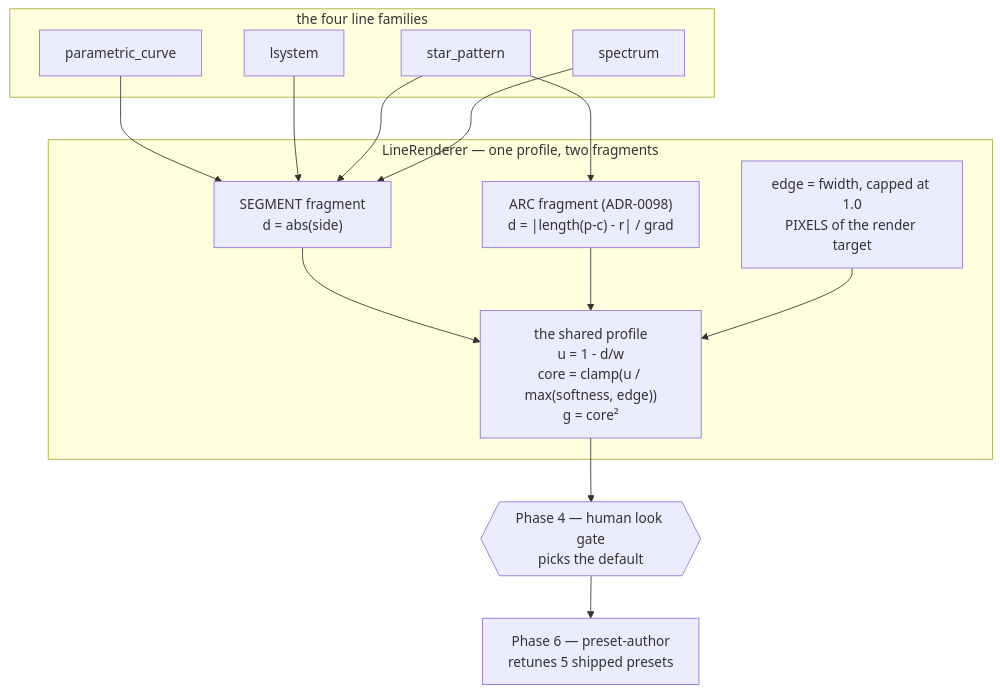
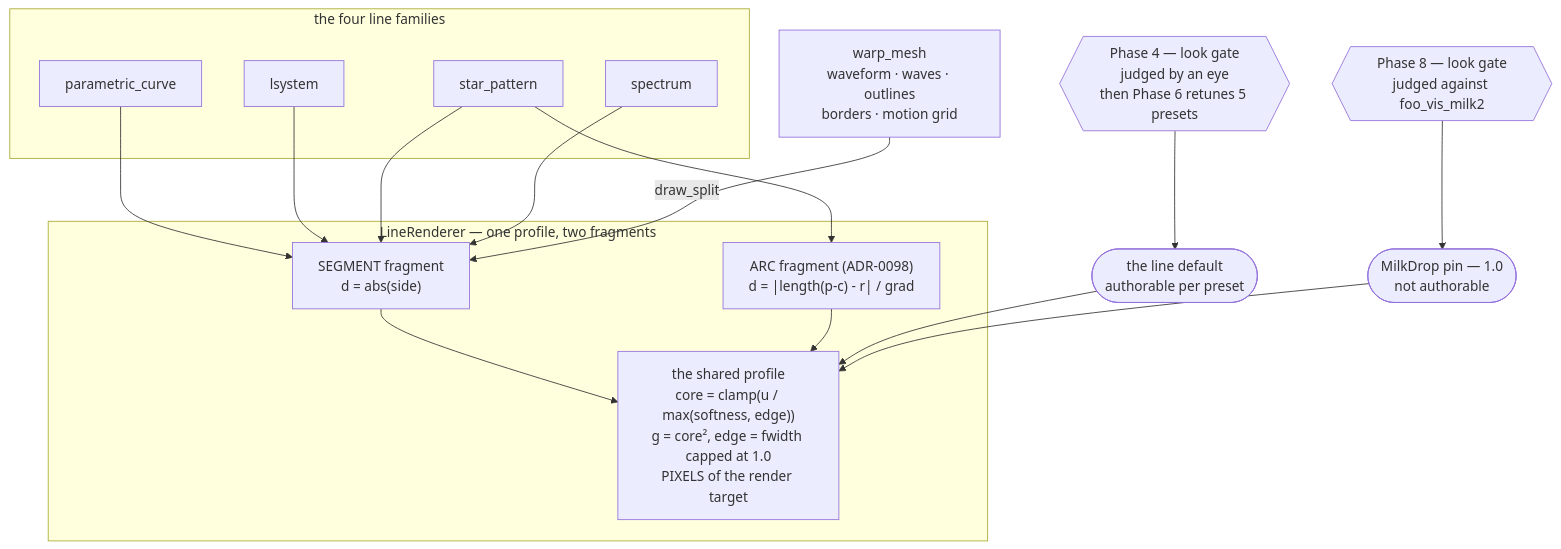
The diagram in docs/plans/0114-the-line-stroke-reads-as-a-drawn-line.md (IgorKonovalov/Ritmolux), drawn with Mermaid before and after one commit. The commit also changed other lines of this file and 2 other files, not shown here.

````diff
--- a/docs/plans/0114-the-line-stroke-reads-as-a-drawn-line.md
+++ b/docs/plans/0114-the-line-stroke-reads-as-a-drawn-line.md
@@ -82,23 +100,28 @@
 ```mermaid
 flowchart TB
     subgraph scenes["the four line families"]
         PC["parametric_curve"]
         LS["lsystem"]
         SP["star_pattern"]
         SPEC["spectrum"]
     end
+    WM["warp_mesh<br/>waveform · waves · outlines<br/>borders · motion grid"]
     subgraph lr["LineRenderer — one profile, two fragments"]
         SEG["SEGMENT fragment<br/>d = abs(side)"]
         ARC["ARC fragment (ADR-0098)<br/>d = |length(p-c) - r| / grad"]
-        PROF["the shared profile<br/>u = 1 - d/w<br/>core = clamp(u / max(softness, edge))<br/>g = core²"]
-        FW["edge = fwidth, capped at 1.0<br/>PIXELS of the render target"]
+        PROF["the shared profile<br/>core = clamp(u / max(softness, edge))<br/>g = core², edge = fwidth capped at 1.0<br/>PIXELS of the render target"]
     end
-    GATE{{"Phase 4 — human look gate<br/>picks the default"}}
-    TUNE["Phase 6 — preset-author<br/>retunes 5 shipped presets"]
+    DEF(["the line default<br/>authorable per preset"])
+    PIN(["MilkDrop pin — 1.0<br/>not authorable"])
+    G4{{"Phase 4 — look gate<br/>judged by an eye<br/>then Phase 6 retunes 5 presets"}}
+    G8{{"Phase 8 — look gate<br/>judged against foo_vis_milk2"}}
     PC & LS & SP & SPEC --> SEG
     SP --> ARC
+    WM -->|draw_split| SEG
     SEG --> PROF
     ARC --> PROF
-    FW --> PROF
-    PROF --> GATE --> TUNE
+    DEF --> PROF
+    PIN --> PROF
+    G4 --> DEF
+    G8 --> PIN
 ```
````
